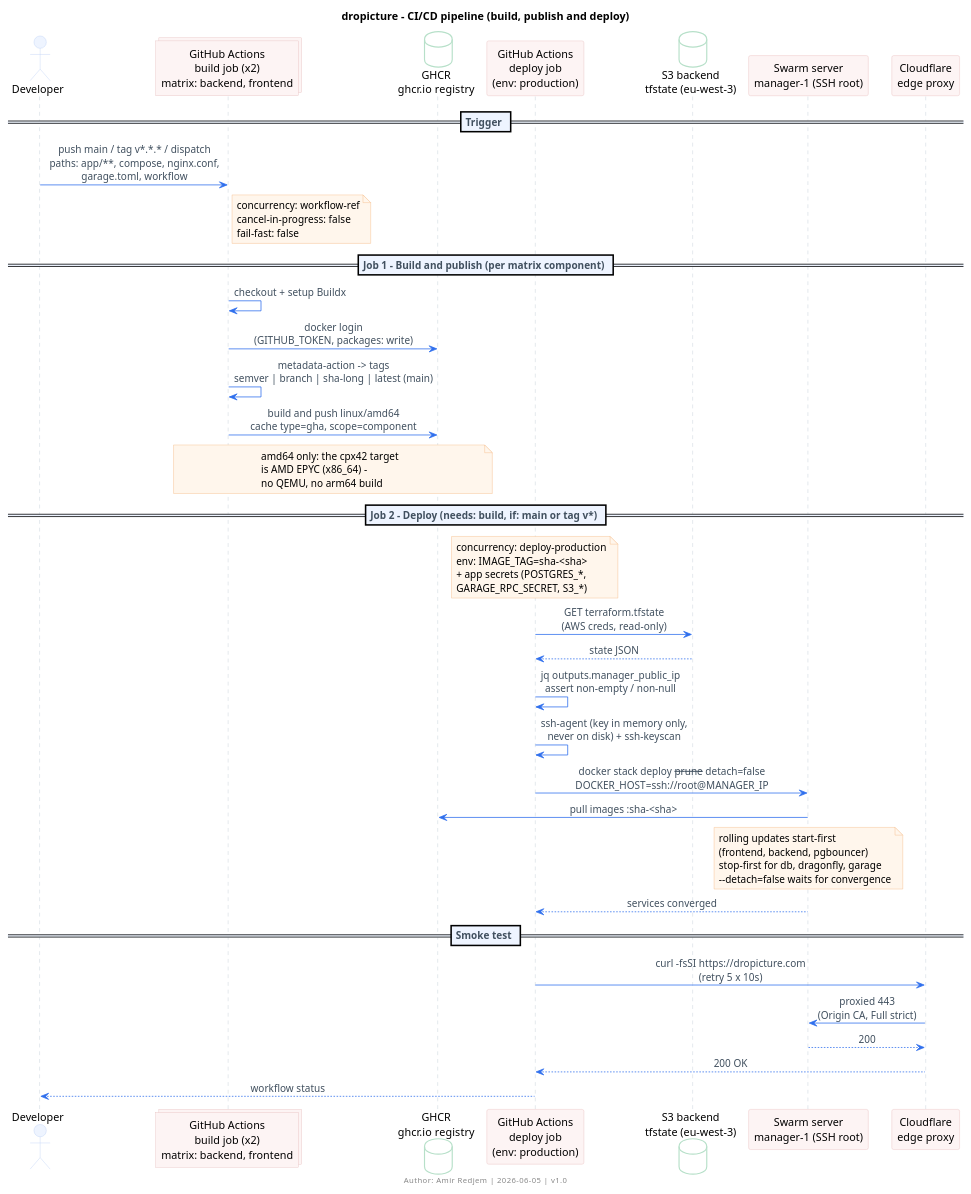
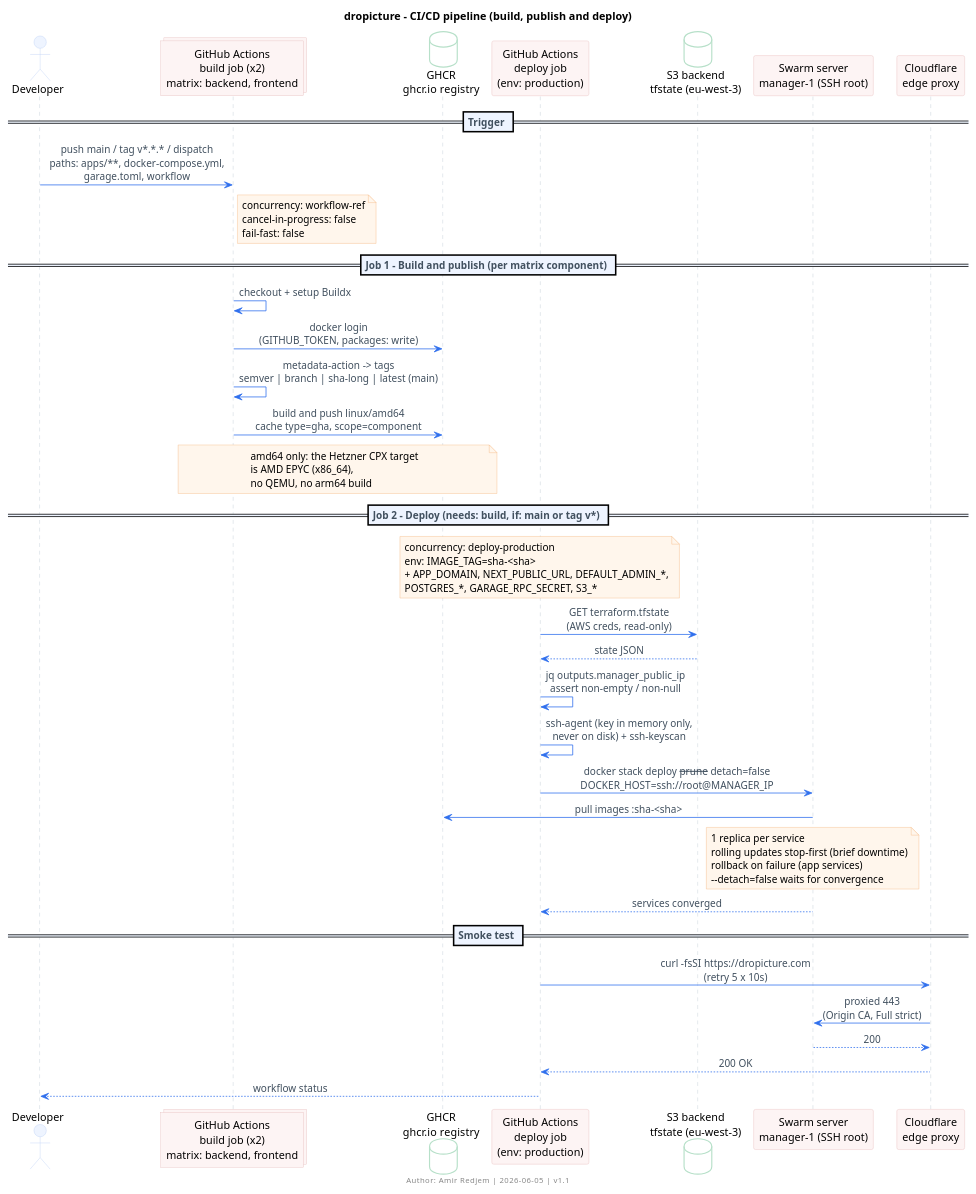
One commit to redjem-amir/dropicture changed the diagram in docs/diagrams/deploy.puml. Above: the diagram before and after it, drawn with PlantUML. The commit also changed 5 other files, not shown here.

Commit message:
docs: adjust the diagrams

```diff
--- a/docs/diagrams/deploy.puml
+++ b/docs/diagrams/deploy.puml
@@ -1,82 +1,82 @@
 @startuml deploy
 title dropicture - CI/CD pipeline (build, publish and deploy)
-footer Author: Amir Redjem   |   2026-06-05   |   v1.0
+footer Author: Amir Redjem   |   2026-06-05   |   v1.1
 
 skinparam shadowing false
 skinparam defaultFontName Helvetica
 skinparam ArrowColor #2F6FED
 skinparam ArrowFontColor #41505F
 skinparam sequenceMessageAlign center
 skinparam ParticipantBackgroundColor #FDF4F4
 skinparam ParticipantBorderColor #E6BCBC
 skinparam ActorBackgroundColor #EEF4FF
 skinparam ActorBorderColor #B8CDF3
 skinparam DatabaseBackgroundColor #FFFFFF
 skinparam DatabaseBorderColor #B7E0C9
 skinparam CollectionsBackgroundColor #FDF4F4
 skinparam CollectionsBorderColor #E6BCBC
 skinparam SequenceLifeLineBorderColor #B8C4D0
 skinparam SequenceDividerBackgroundColor #EEF4FF
 skinparam SequenceDividerFontColor #41505F
 skinparam SequenceGroupBackgroundColor #F6F1FC
 skinparam SequenceGroupBorderColor #CDBCE8
 skinparam SequenceGroupHeaderFontColor #41505F
 skinparam noteBackgroundColor #FFF6EC
 skinparam noteBorderColor #F3B27A
 
 actor "Developer" as dev
 collections "GitHub Actions\nbuild job (x2)\nmatrix: backend, frontend" as build
 database "GHCR\nghcr.io registry" as ghcr
 participant "GitHub Actions\ndeploy job\n(env: production)" as deploy
 database "S3 backend\ntfstate (eu-west-3)" as s3
 participant "Swarm server\nmanager-1 (SSH root)" as srv
 participant "Cloudflare\nedge proxy" as cf
 
 == Trigger ==
-dev -> build : push main / tag v*.*.* / dispatch\npaths: app/**, compose, nginx.conf,\ngarage.toml, workflow
+dev -> build : push main / tag v*.*.* / dispatch\npaths: apps/**, docker-compose.yml,\ngarage.toml, workflow
 note right of build
   concurrency: workflow-ref
   cancel-in-progress: false
   fail-fast: false
 end note
 
 == Job 1 - Build and publish (per matrix component) ==
 build -> build : checkout + setup Buildx
 build -> ghcr : docker login\n(GITHUB_TOKEN, packages: write)
 build -> build : metadata-action -> tags\nsemver | branch | sha-long | latest (main)
 build -> ghcr : build and push linux/amd64\ncache type=gha, scope=component
 note over build, ghcr
-  amd64 only: the cpx42 target
-  is AMD EPYC (x86_64) -
+  amd64 only: the Hetzner CPX target
+  is AMD EPYC (x86_64),
   no QEMU, no arm64 build
 end note
 
 == Job 2 - Deploy (needs: build, if: main or tag v*) ==
 note over deploy
   concurrency: deploy-production
   env: IMAGE_TAG=sha-<sha>
-  + app secrets (POSTGRES_*,
-  GARAGE_RPC_SECRET, S3_*)
+  + APP_DOMAIN, NEXT_PUBLIC_URL, DEFAULT_ADMIN_*,
+  POSTGRES_*, GARAGE_RPC_SECRET, S3_*
 end note
 deploy -> s3 : GET terraform.tfstate\n(AWS creds, read-only)
 s3 --> deploy : state JSON
 deploy -> deploy : jq outputs.manager_public_ip\nassert non-empty / non-null
 deploy -> deploy : ssh-agent (key in memory only,\nnever on disk) + ssh-keyscan
 deploy -> srv : docker stack deploy --prune --detach=false\nDOCKER_HOST=ssh://root@MANAGER_IP
 srv -> ghcr : pull images :sha-<sha>
 note over srv
-  rolling updates start-first
-  (frontend, backend, pgbouncer)
-  stop-first for db, dragonfly, garage
+  1 replica per service
+  rolling updates stop-first (brief downtime)
+  rollback on failure (app services)
   --detach=false waits for convergence
 end note
 srv --> deploy : services converged
 
 == Smoke test ==
 deploy -> cf : curl -fsSI https://dropicture.com\n(retry 5 x 10s)
 cf -> srv : proxied 443\n(Origin CA, Full strict)
 srv --> cf : 200
 cf --> deploy : 200 OK
 deploy --> dev : workflow status
 
 @enduml
```
